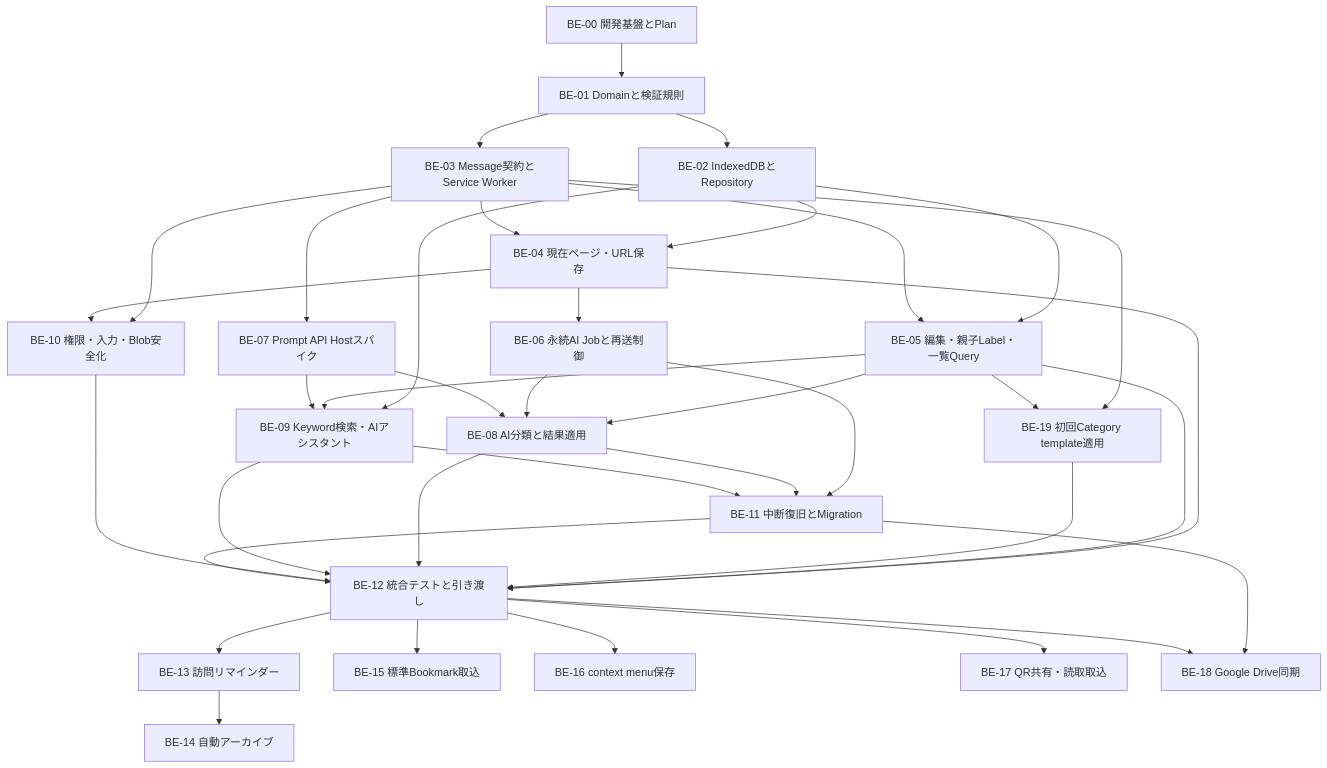
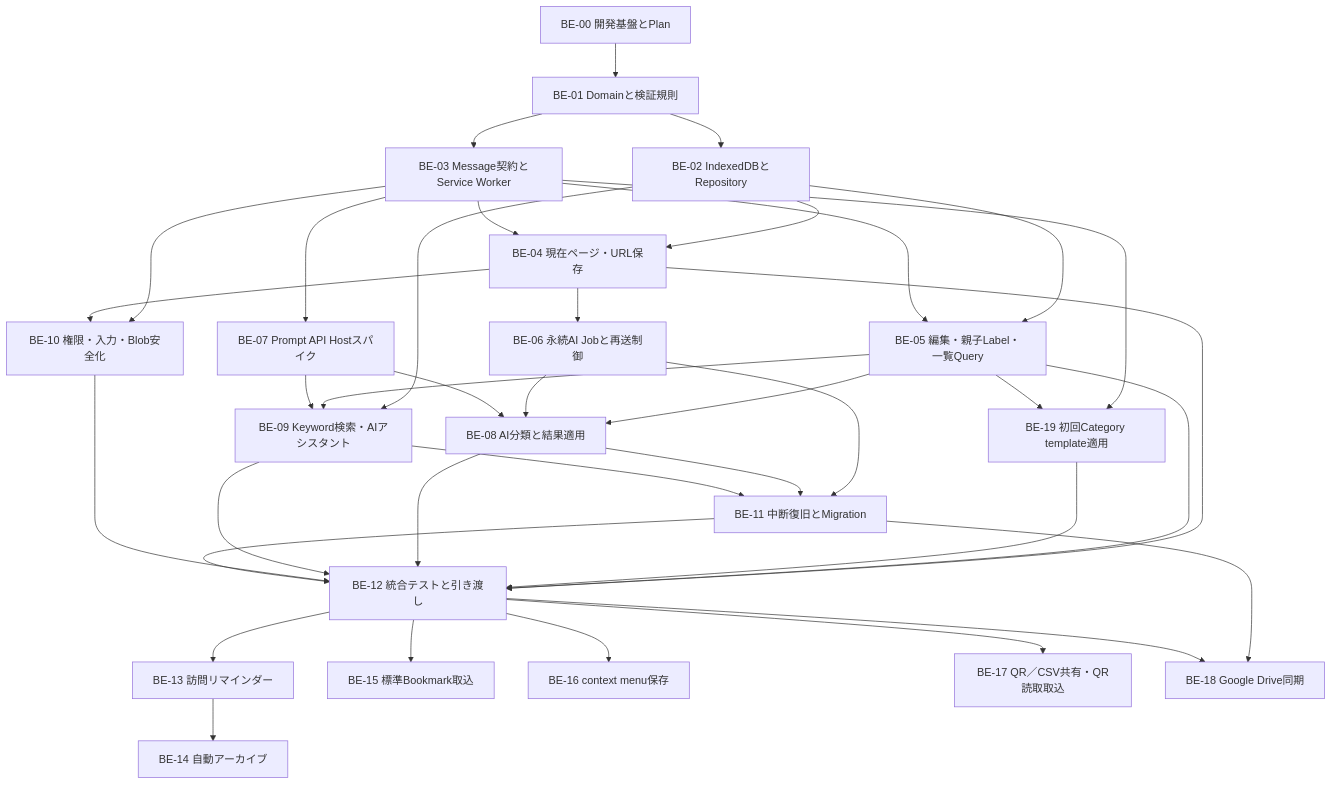
Before and after one commit to anti-fact/Bookmation: the first of 2 diagrams in BACKEND_TASKS.md, drawn with Mermaid. The commit also changed other lines of this file and 20 other files, not shown here.

````diff
--- a/BACKEND_TASKS.md
+++ b/BACKEND_TASKS.md
@@ -40,39 +40,39 @@
 ```mermaid
 flowchart TD
     BE00["BE-00 開発基盤とPlan"] --> BE01["BE-01 Domainと検証規則"]
     BE01 --> BE02["BE-02 IndexedDBとRepository"]
     BE01 --> BE03["BE-03 Message契約とService Worker"]
     BE02 --> BE04["BE-04 現在ページ・URL保存"]
     BE03 --> BE04
     BE02 --> BE05["BE-05 編集・親子Label・一覧Query"]
     BE03 --> BE05
     BE03 --> BE19["BE-19 初回Category template適用"]
     BE05 --> BE19
     BE04 --> BE06["BE-06 永続AI Jobと再送制御"]
     BE03 --> BE07["BE-07 Prompt API Hostスパイク"]
     BE05 --> BE08["BE-08 AI分類と結果適用"]
     BE06 --> BE08
     BE07 --> BE08
     BE02 --> BE09["BE-09 Keyword検索・AIアシスタント"]
     BE05 --> BE09
     BE07 --> BE09
     BE03 --> BE10["BE-10 権限・入力・Blob安全化"]
     BE04 --> BE10
     BE06 --> BE11["BE-11 中断復旧とMigration"]
     BE08 --> BE11
     BE09 --> BE11
     BE04 --> BE12["BE-12 統合テストと引き渡し"]
     BE05 --> BE12
     BE19 --> BE12
     BE08 --> BE12
     BE09 --> BE12
     BE10 --> BE12
     BE11 --> BE12
     BE12 --> BE13["BE-13 訪問リマインダー"]
     BE13 --> BE14["BE-14 自動アーカイブ"]
     BE12 --> BE15["BE-15 標準Bookmark取込"]
     BE12 --> BE16["BE-16 context menu保存"]
-    BE12 --> BE17["BE-17 QR共有・読取取込"]
+    BE12 --> BE17["BE-17 QR／CSV共有・QR読取取込"]
     BE11 --> BE18["BE-18 Google Drive同期"]
     BE12 --> BE18
 ```
````
